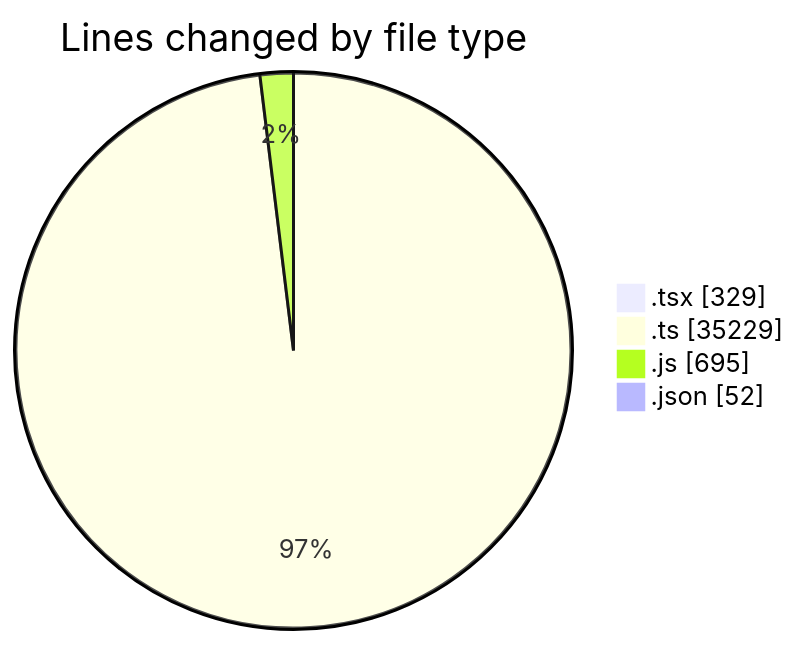
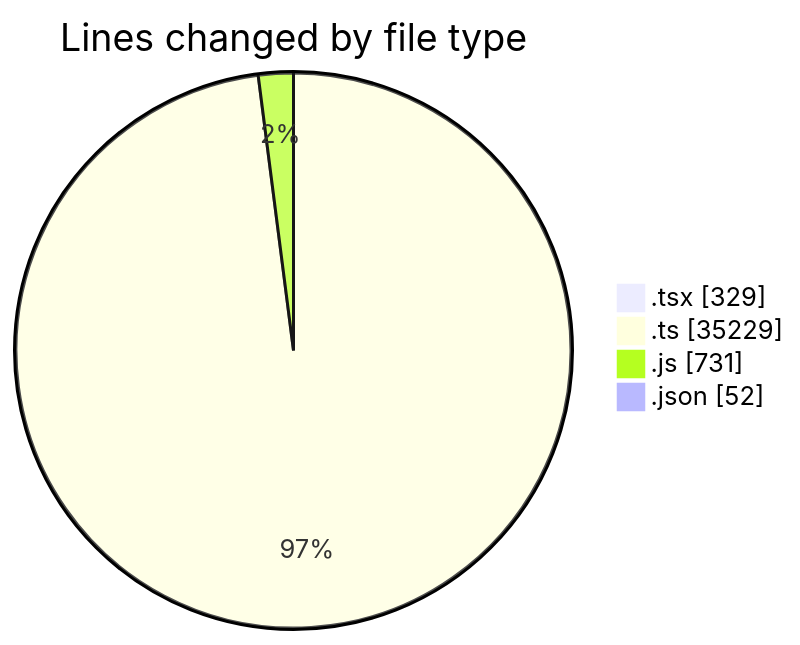
Before and after one commit to momahboobian/code-tracking: the first of 2 diagrams in 2025-12-17/cda/README.md, drawn with Mermaid. The commit also changed other lines of this file and 1 other file, not shown here.

````diff
--- a/2025-12-17/cda/README.md
+++ b/2025-12-17/cda/README.md
@@ -37,8 +38,8 @@
 ```mermaid
 pie showData
 title Lines changed by file type
 ".tsx" : 329
 ".ts" : 35229
-".js" : 695
+".js" : 731
 ".json" : 52
 ```
````
